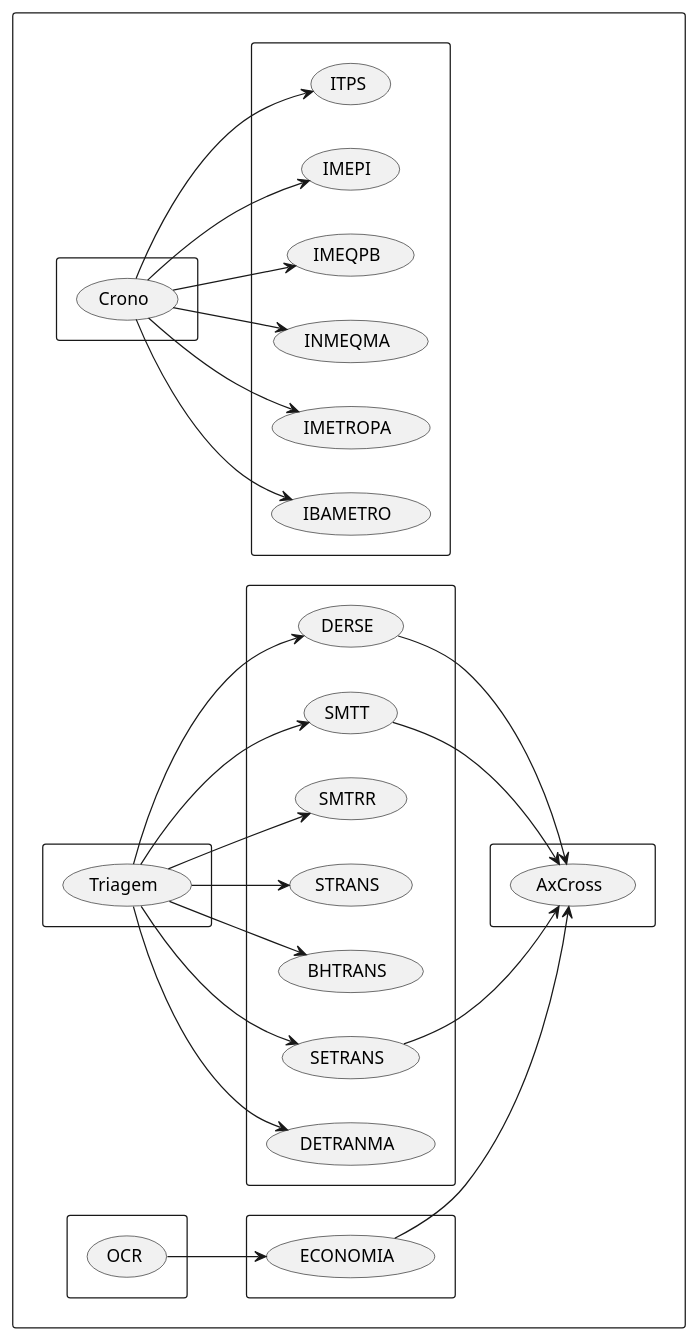
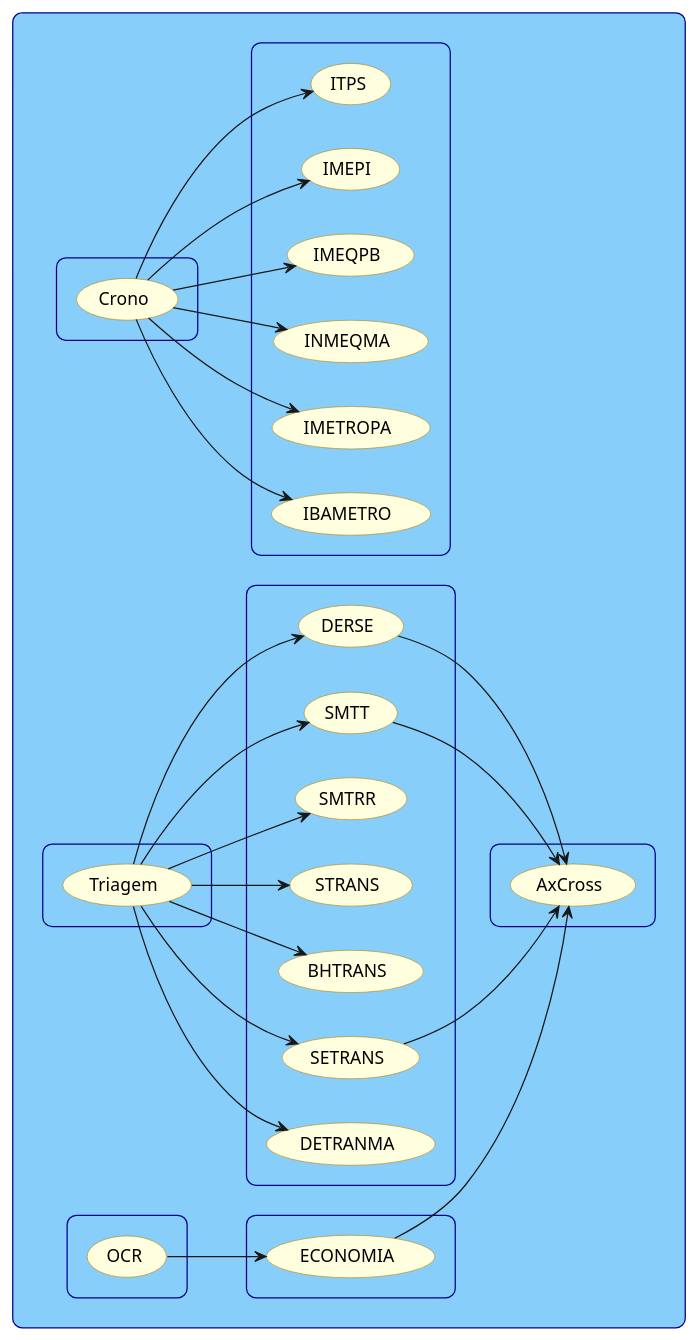
Before and after one commit to Axion-Tecnologia/Documentacao_Atualizada: the diagram in Writerside/topics/Contratos.md, drawn with PlantUML. The commit also changed other lines of this file and 7 other files, not shown here.

```diff
--- a/Writerside/topics/Contratos.md
+++ b/Writerside/topics/Contratos.md
@@ -4,4 +4,18 @@
 @startuml
+skinparam rectangle {
+    BackgroundColor LightSkyBlue
+    BorderColor DarkBlue
+    RoundCorner 15
+}
+skinparam actor {
+    BackgroundColor LightBlue
+    BorderColor DarkBlue
+}
+skinparam usecase {
+    BackgroundColor LightYellow
+    BorderColor DarkGoldenRod
+    RoundCorner 15
+}
 
 left to right direction
 rectangle  {
```
